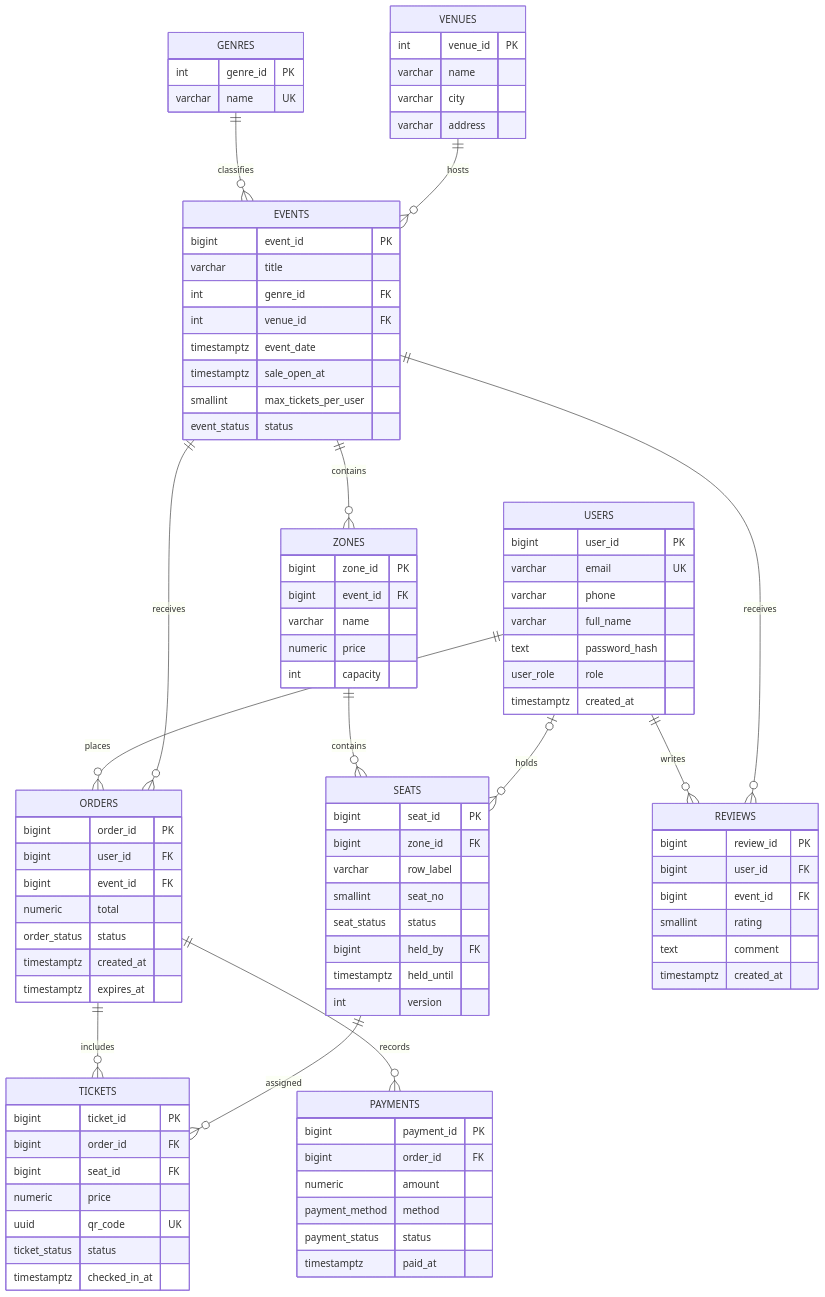
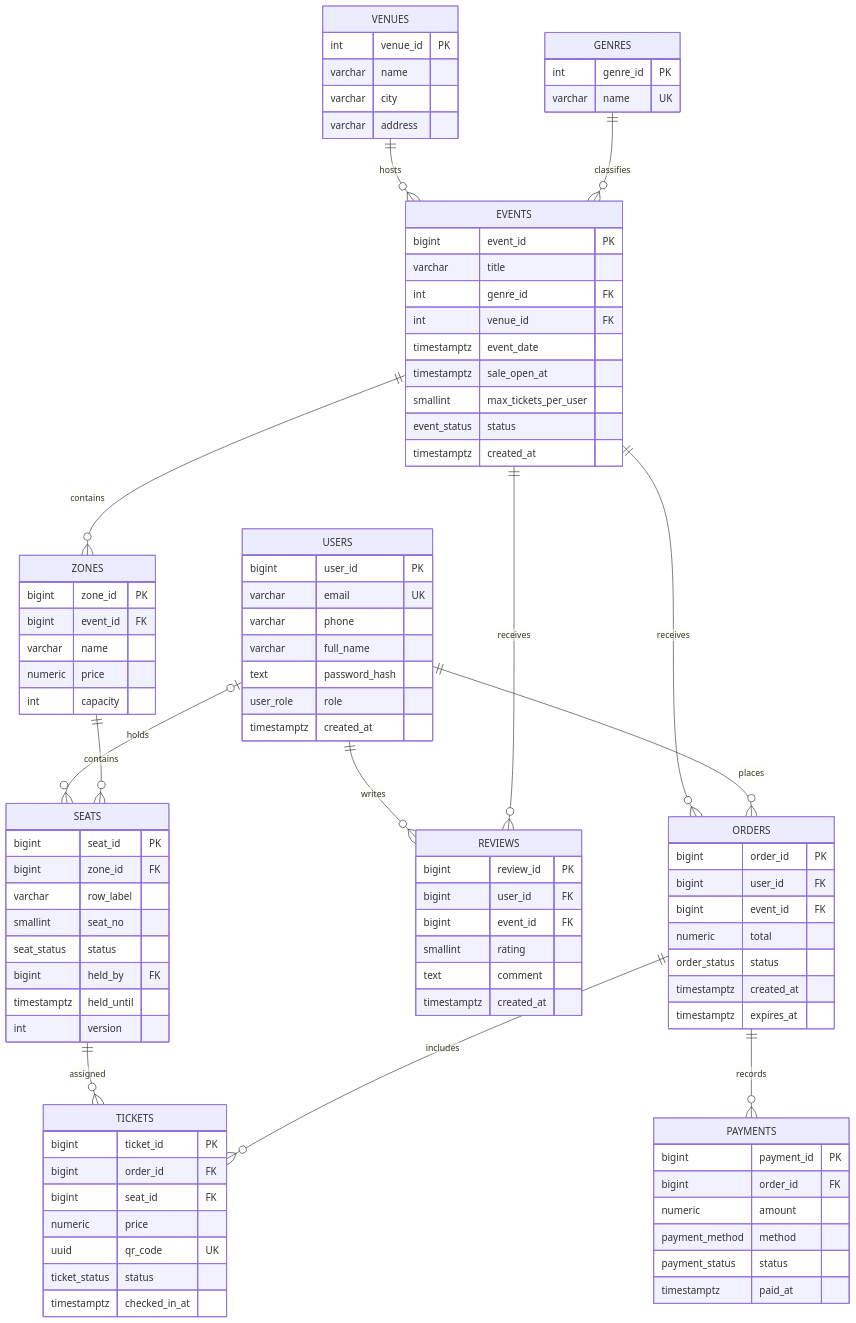
One commit to Ngojj/BTL_DBMS_261 changed the diagram in docs/erd/ticketrush.md. Above: the diagram before and after it, drawn with Mermaid. The commit also changed other lines of this file and 43 other files, not shown here.

```diff
--- a/docs/erd/ticketrush.md
+++ b/docs/erd/ticketrush.md
@@ -7,12 +9,12 @@
     VENUES ||--o{ EVENTS : hosts
     EVENTS ||--o{ ZONES : contains
     EVENTS ||--o{ ORDERS : receives
+    EVENTS ||--o{ REVIEWS : receives
     ZONES ||--o{ SEATS : contains
     ORDERS ||--o{ TICKETS : includes
     SEATS ||--o{ TICKETS : assigned
     ORDERS ||--o{ PAYMENTS : records
     USERS ||--o{ REVIEWS : writes
-    EVENTS ||--o{ REVIEWS : receives
     USERS o|--o{ SEATS : holds
 
     USERS {
@@ -43,6 +45,7 @@
         timestamptz sale_open_at
         smallint max_tickets_per_user
         event_status status
+        timestamptz created_at
     }
     ZONES {
         bigint zone_id PK
```
